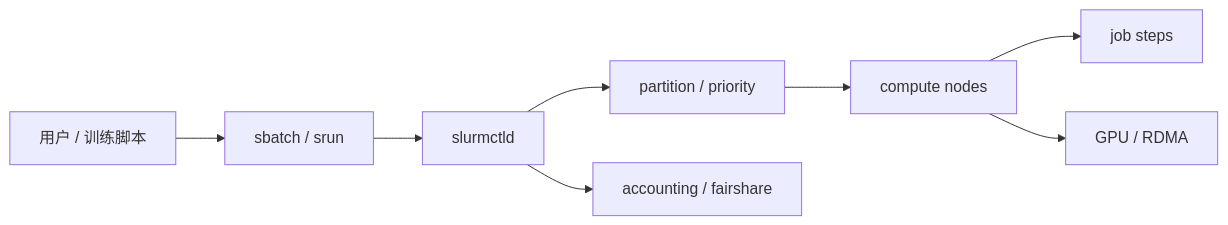
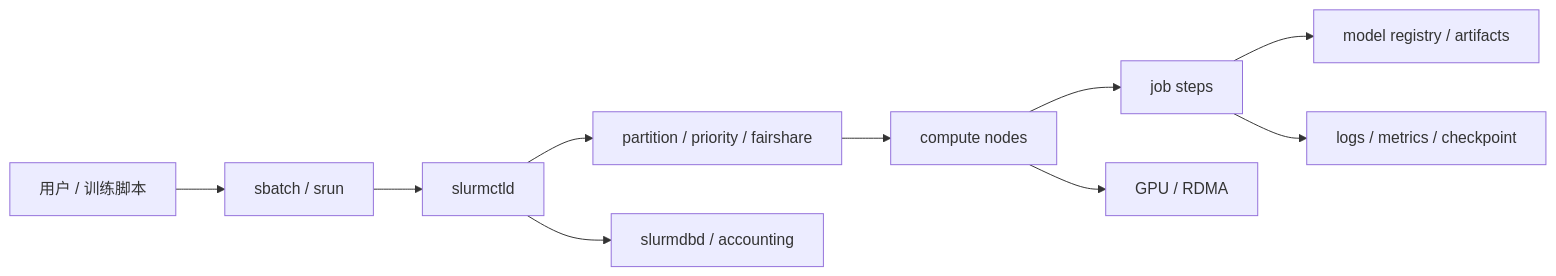
One commit to ikingye/ai-factory-engineering changed the diagram in docs/part-05-orchestration/chapter-24-slurm.md. Above: the diagram before and after it, drawn with Mermaid. The commit also changed other lines of this file and 2 other files, not shown here.

````diff
--- a/docs/part-05-orchestration/chapter-24-slurm.md
+++ b/docs/part-05-orchestration/chapter-24-slurm.md
@@ -23,10 +49,12 @@
 ```mermaid
 flowchart LR
   User["用户 / 训练脚本"] --> Submit["sbatch / srun"]
   Submit --> Controller["slurmctld"]
-  Controller --> Queue["partition / priority"]
+  Controller --> Queue["partition / priority / fairshare"]
   Queue --> Nodes["compute nodes"]
   Nodes --> Step["job steps"]
   Nodes --> GPU["GPU / RDMA"]
-  Controller --> Accounting["accounting / fairshare"]
+  Controller --> Accounting["slurmdbd / accounting"]
+  Step --> Registry["model registry / artifacts"]
+  Step --> Metrics["logs / metrics / checkpoint"]
 ```
````
